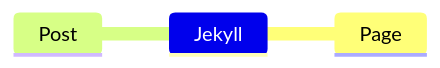
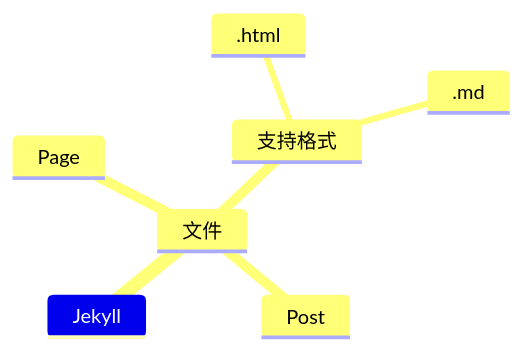
One commit to nanhualyq/nanhualyq.github.io changed the diagram in _posts/2024-01-19-jekyll.md. Above: the diagram before and after it, drawn with Mermaid. The commit also changed other lines of this file, not shown here.

Commit message:
test mindmap

```diff
--- a/_posts/2024-01-19-jekyll.md
+++ b/_posts/2024-01-19-jekyll.md
@@ -9,6 +16,10 @@
 <pre class="mermaid">
 mindmap
 	Jekyll
-		Page
-		Post
+		文件
+			支持格式
+				.html
+				.md
+			Page
+			Post
 </pre>
```
